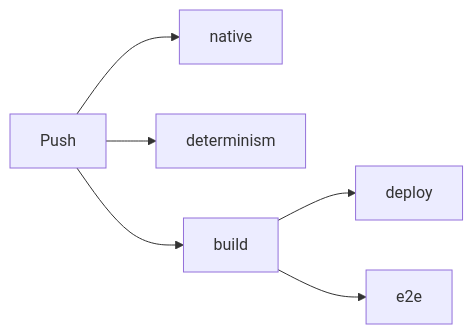
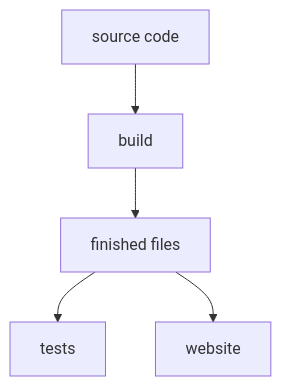
Before and after one commit to ChristianHohlfeld/kernengine.de: the diagram in kern/docs/book-yellow/02-building-and-testing.md, drawn with Mermaid. The commit also changed other lines of this file and 22 other files, not shown here.

````diff
--- a/kern/docs/book-yellow/02-building-and-testing.md
+++ b/kern/docs/book-yellow/02-building-and-testing.md
@@ -171,8 +35,8 @@
 ```mermaid
-flowchart LR
-  P["Push"] --> N["native"]
-  P --> D["determinism"]
-  P --> B["build"]
-  B --> DE["deploy"]
-  B --> E["e2e"]
+%% Caption: Build and check: the finished files become the website and the tests at the same time (more in 2.10)
+flowchart TB
+  Q["source code"] --> B["build"]
+  B --> F["finished files"]
+  F --> T["tests"]
+  F --> W["website"]
 ```
````
